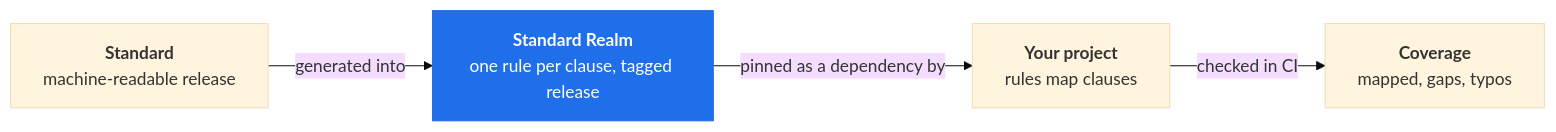
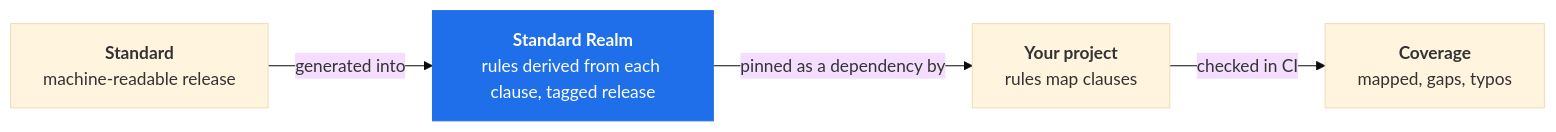
The diagram in profile/README.md (steerspec-hub/.github), drawn with Mermaid (base theme) before and after one commit. The commit also changed other lines of this file and 2 other files, not shown here.

First line of the commit message:
docs: say which files GitHub inherits; describe realm rules accurately

````diff
--- a/profile/README.md
+++ b/profile/README.md
@@ -28,14 +29,14 @@
 ```mermaid
 flowchart LR
     S["<b>Standard</b><br/>machine-readable release"]
-    R["<b>Standard Realm</b><br/>one rule per clause, tagged release"]
+    R["<b>Standard Realm</b><br/>rules derived from each clause, tagged release"]
     P["<b>Your project</b><br/>rules map clauses"]
     C["<b>Coverage</b><br/>mapped, gaps, typos"]
 
     S -->|generated into| R
     R -->|pinned as a dependency by| P
     P -->|checked in CI| C
 
     classDef hub fill:#1f6feb,stroke:#1f6feb,color:#ffffff
     class R hub
 ```
````
